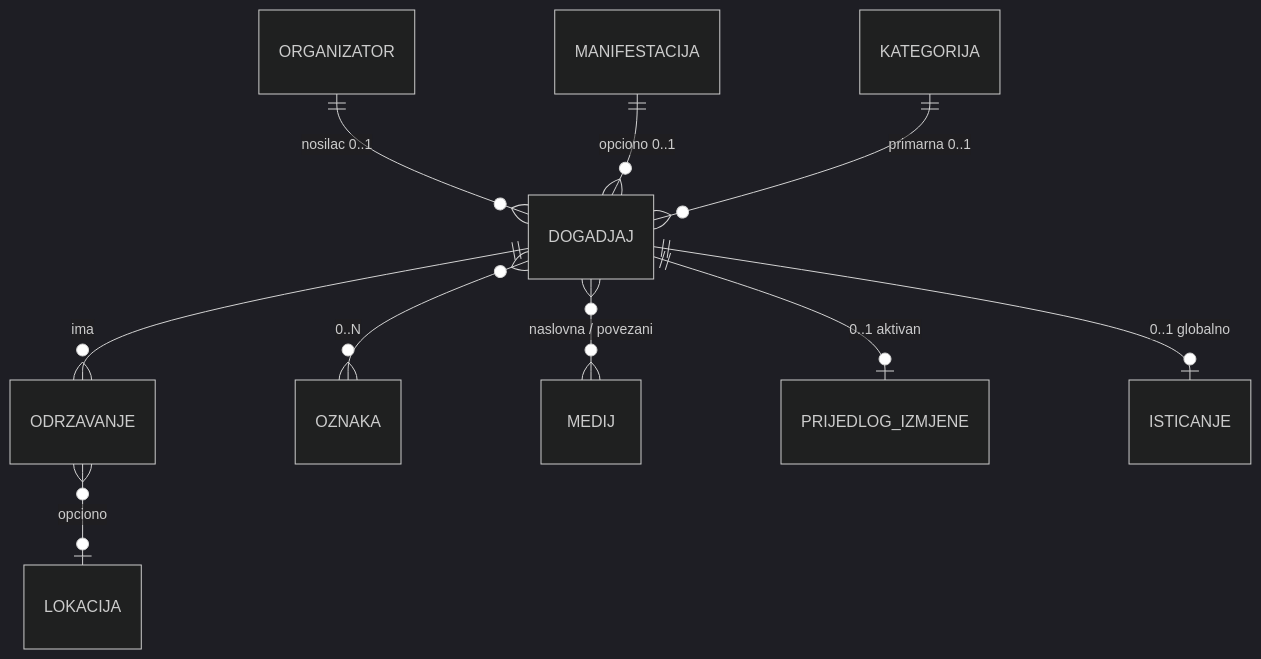
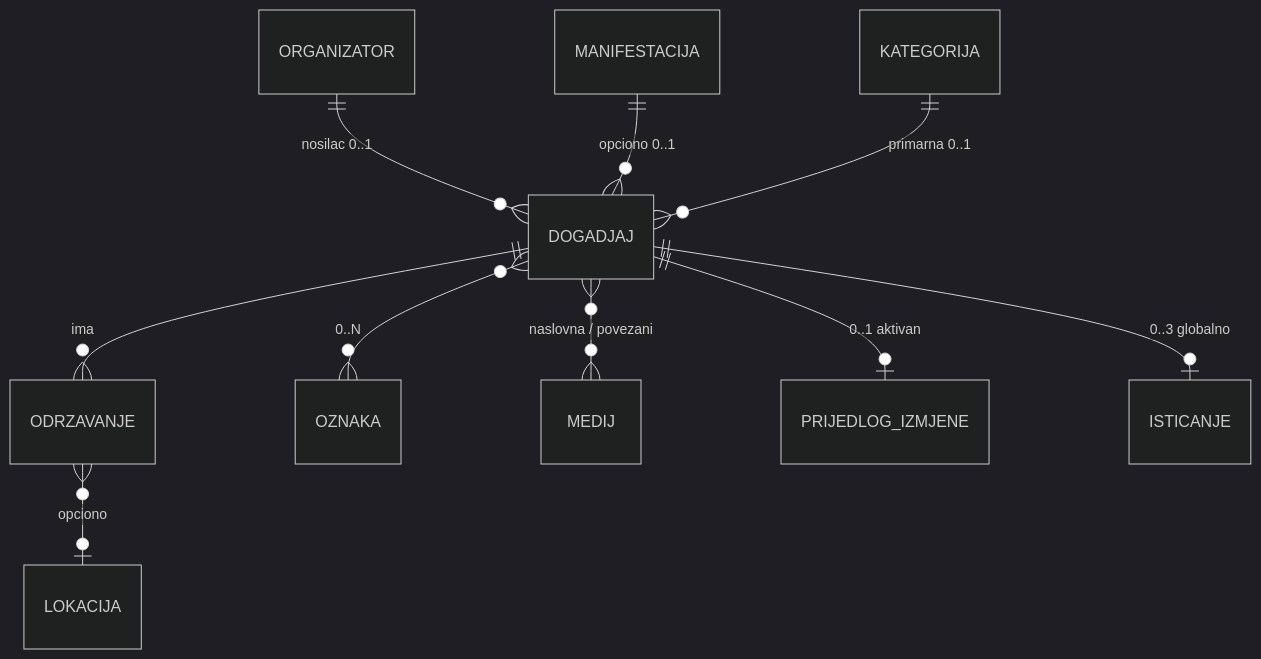
The fifth of 5 diagrams in docs/technical-specifications/Technical-Specification_Dogadjaj.md (GoranOpK/digital.kotor.me), drawn with Mermaid (dark theme) before and after one commit. The commit also changed other lines of this file and 3 other files, not shown here.

````diff
--- a/docs/technical-specifications/Technical-Specification_Dogadjaj.md
+++ b/docs/technical-specifications/Technical-Specification_Dogadjaj.md
@@ -634,12 +635,12 @@
 ```mermaid
 erDiagram
   ORGANIZATOR ||--o{ DOGADJAJ : "nosilac 0..1"
   DOGADJAJ ||--o{ ODRZAVANJE : ima
   ODRZAVANJE }o--o| LOKACIJA : "opciono"
   MANIFESTACIJA ||--o{ DOGADJAJ : "opciono 0..1"
   KATEGORIJA ||--o{ DOGADJAJ : "primarna 0..1"
   DOGADJAJ }o--o{ OZNAKA : "0..N"
   DOGADJAJ }o--o{ MEDIJ : "naslovna / povezani"
   DOGADJAJ ||--o| PRIJEDLOG_IZMJENE : "0..1 aktivan"
-  DOGADJAJ ||--o| ISTICANJE : "0..1 globalno"
+  DOGADJAJ ||--o| ISTICANJE : "0..3 globalno"
 ```
````
